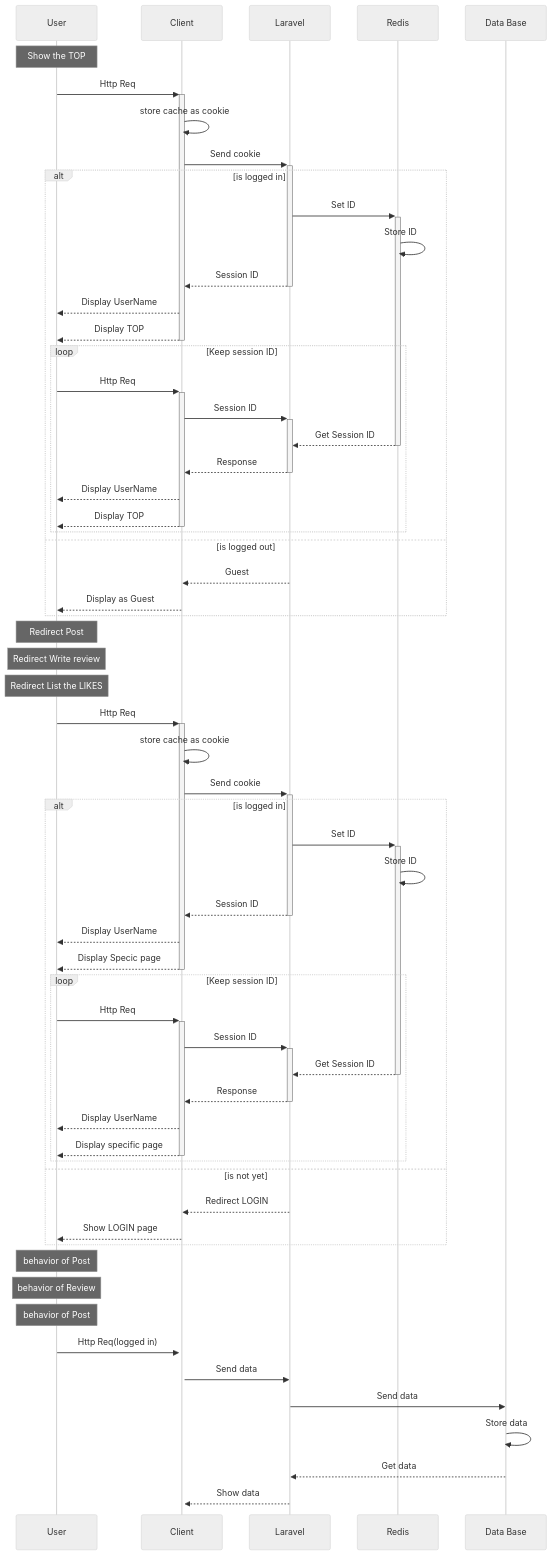
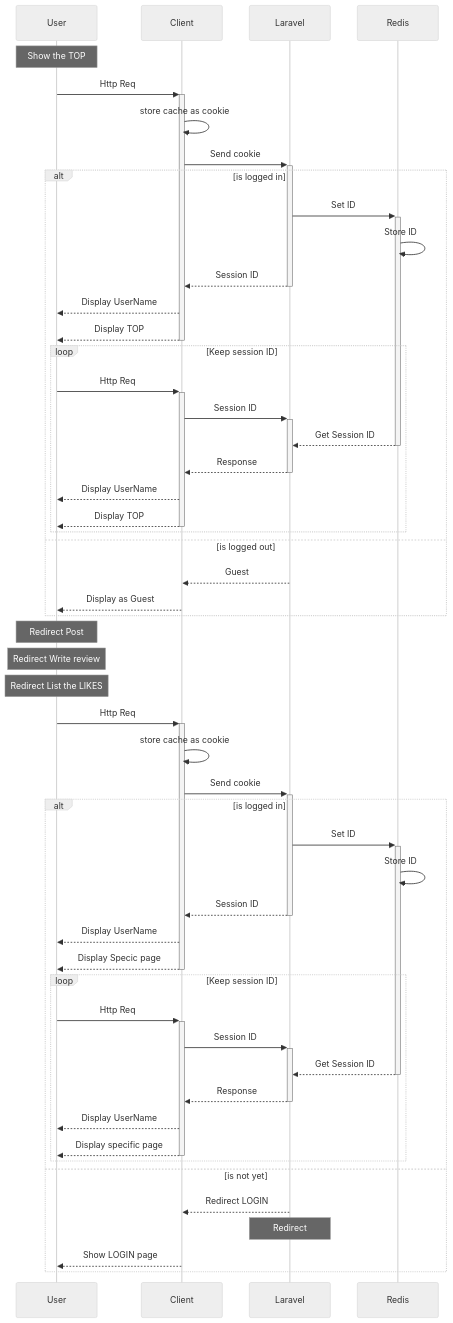
The first of 2 diagrams in README copy.md (RyujiOdaJP/Jetmeshi), drawn with Mermaid (neutral theme) before and after one commit. The commit also changed other lines of this file, not shown here.

Commit message:
add seq. behavior

````diff
--- a/README copy.md
+++ b/README copy.md
@@ -2,74 +2,65 @@
 ```mermaid
 sequenceDiagram
 participant U as User
 participant Cl as Client
 participant La as Laravel
 participant Re as Redis
-participant DB as Data Base
+
 
     Note over U: Show the TOP
     U ->>+ Cl: Http Req
     Cl ->> Cl: store cache as cookie
     Cl ->>+ La: Send cookie
     
     alt is logged in
         La ->>+ Re: Set ID
         Re ->> Re: Store ID
         La -->>- Cl: Session ID
         Cl -->> U: Display UserName
         Cl -->>- U: Display TOP
         
         loop Keep session ID
             U ->>+ Cl: Http Req
             Cl ->>+ La: Session ID
             Re -->>- La: Get Session ID
             La -->>- Cl: Response
             Cl -->> U: Display UserName
             Cl -->>- U: Display TOP
         end
 
     else is logged out
         La -->> Cl: Guest
         Cl -->> U: Display as Guest
     end
 
     Note over U: Redirect Post
     Note over U: Redirect Write review
     Note over U: Redirect List the LIKES
     U ->>+ Cl: Http Req
     Cl ->> Cl: store cache as cookie
     Cl ->>+ La: Send cookie
     
     alt is logged in
         
         La ->>+ Re: Set ID
         Re ->> Re: Store ID
         La -->>- Cl: Session ID
         Cl -->> U: Display UserName
         Cl -->>- U: Display Specic page
         
         loop Keep session ID
             U ->>+ Cl: Http Req
             Cl ->>+ La: Session ID
             Re -->>- La: Get Session ID
             La -->>- Cl: Response
             Cl -->> U: Display UserName
             Cl -->>- U: Display specific page
         end
     
     else is not yet
         La -->> Cl: Redirect LOGIN
+        Note over La: Redirect
         Cl -->> U: Show LOGIN page
     
     end
-    Note over U: behavior of Post
-    Note over U: behavior of Review
-    Note over U: behavior of Post
-    U ->>+ Cl: Http Req(logged in)
-    Cl ->> La: Send data
-    La ->>DB: Send data
-    DB ->> DB: Store data
-    DB -->> La: Get data
-    La -->>Cl: Show data
-
 ```
````
